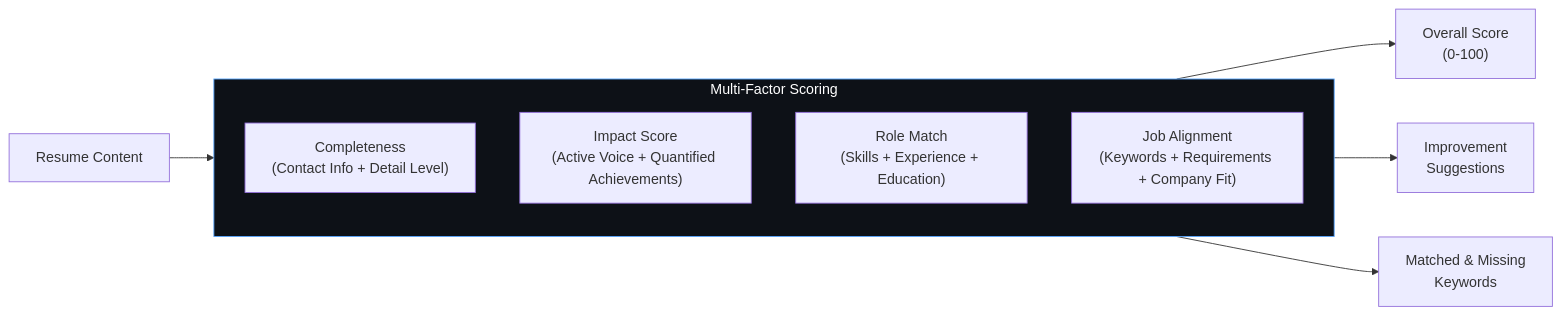
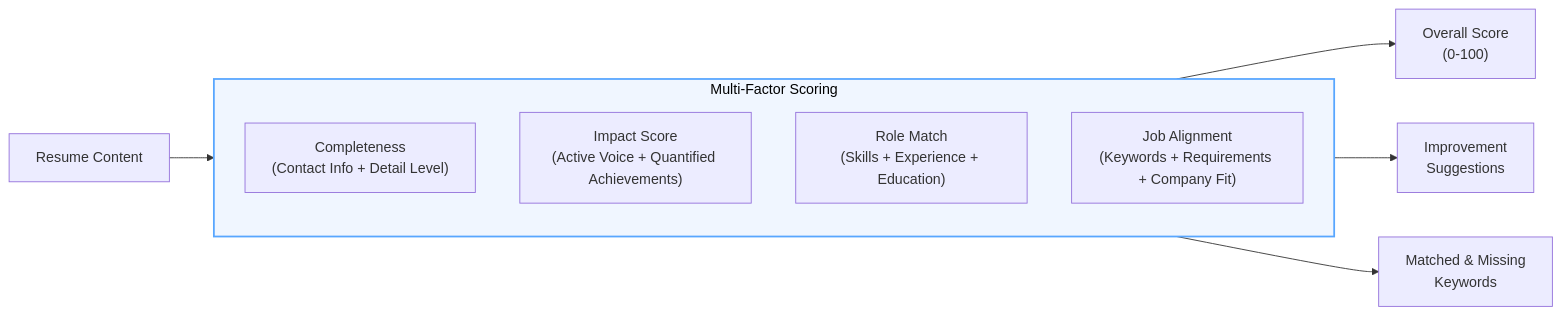
One commit to johnnietse/AI-Powered_Professional_Job_Application_Assistant changed the seventh of 10 diagrams in README.md. Above: the diagram before and after it, drawn with Mermaid. The commit also changed other lines of this file and 35 other files, not shown here.

Commit message:
docs: update architecture diagrams for light mode

````diff
--- a/README.md
+++ b/README.md
@@ -571,18 +571,18 @@
 ```mermaid
 flowchart LR
     Resume["Resume Content"] --> Scoring["ATS Scoring Engine"]
 
     subgraph Scoring["Multi-Factor Scoring"]
         direction TB
         C["Completeness<br/>(Contact Info + Detail Level)"]
         I["Impact Score<br/>(Active Voice + Quantified Achievements)"]
         R["Role Match<br/>(Skills + Experience + Education)"]
         J["Job Alignment<br/>(Keywords + Requirements + Company Fit)"]
     end
 
     Scoring --> Overall["Overall Score<br/>(0-100)"]
     Scoring --> Improvements["Improvement<br/>Suggestions"]
     Scoring --> Keywords["Matched & Missing<br/>Keywords"]
 
-    style Scoring fill:#0d1117,stroke:#58a6ff,color:#fff
+    style Scoring fill:#f0f6ff,stroke:#58a6ff,stroke-width:2px,color:#000
 ```
````
